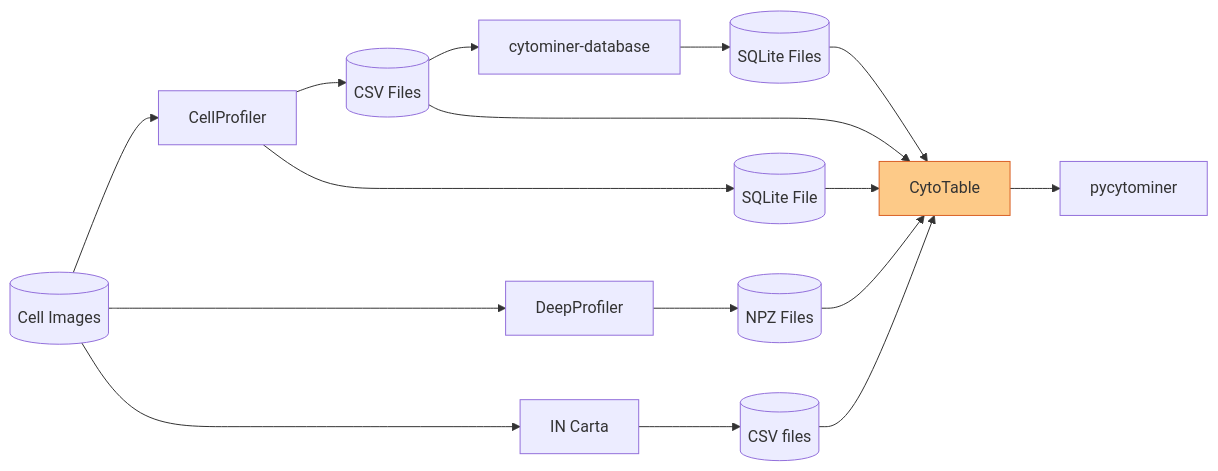
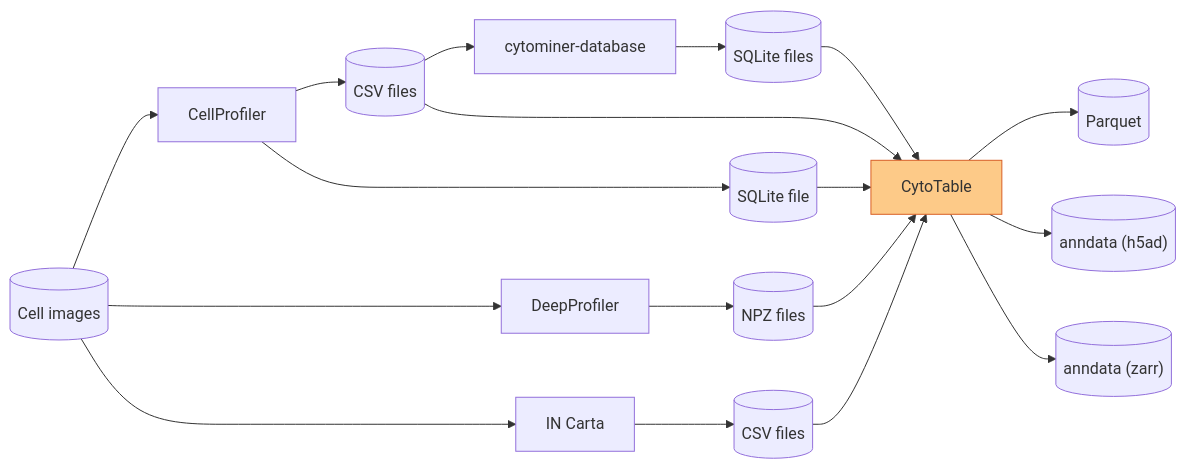
The diagram in docs/source/_static/dataflow.mmd (cytomining/CytoTable), drawn with Mermaid before and after one commit. The commit also changed 10 other files, not shown here.

First line of the commit message:
Add anndata export options (`.h5ad`, `.zarr`) (#351)

```diff
--- a/docs/source/_static/dataflow.mmd
+++ b/docs/source/_static/dataflow.mmd
@@ -1,32 +1,36 @@
 flowchart LR
 
-    images[(Cell Images)]
+    images[(Cell images)]
     CellProfiler
-    csv[(CSV Files)]
+    csv[(CSV files)]
     DeepProfiler
-    npz[(NPZ Files)]
+    npz[(NPZ files)]
     cytominer-database
-    sqlite[(SQLite Files)]
-    cp_sqlite[(SQLite File)]
+    sqlite[(SQLite files)]
+    cp_sqlite[(SQLite file)]
     in_carta[IN Carta]
     ic_csv[(CSV files)]
-    pycytominer
+    parquet[(Parquet)]
+    anndata_h5[("anndata (h5ad)")]
+    anndata_zarr[("anndata (zarr)")]
     CytoTable
 
     images --> CellProfiler
     images --> DeepProfiler
      images --> in_carta
     CellProfiler --> csv
     CellProfiler --> cp_sqlite
     DeepProfiler --> npz
     csv --> cytominer-database
     cytominer-database --> sqlite
     in_carta --> ic_csv
     csv --> CytoTable
     npz --> CytoTable
     sqlite --> CytoTable
     cp_sqlite --> CytoTable
     ic_csv --> CytoTable
-    CytoTable --> pycytominer
+    CytoTable --> parquet
+    CytoTable --> anndata_h5
+    CytoTable --> anndata_zarr
 
     style CytoTable fill:#FDCA88,stroke:#D96026;
```
